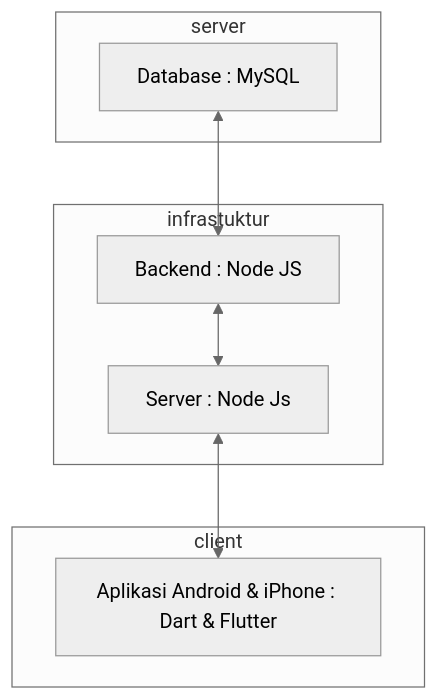
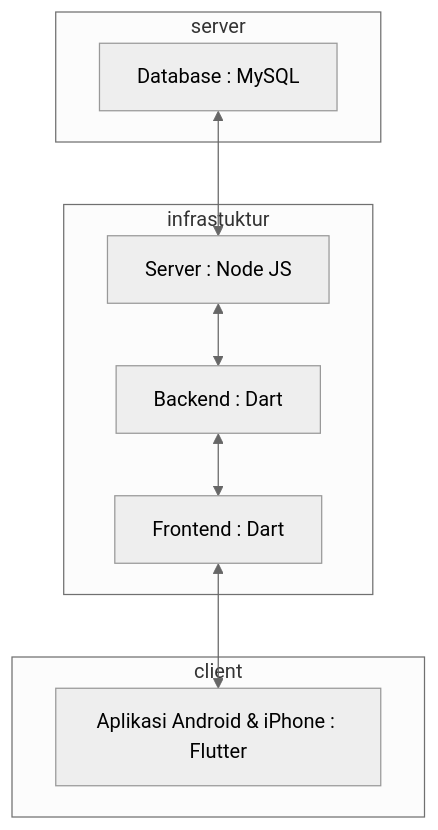
The second of 2 diagrams in AJS.md (joelaey/Design), drawn with Mermaid (neutral theme) before and after one commit.

````diff
--- a/AJS.md
+++ b/AJS.md
@@ -106,17 +106,17 @@
 ```mermaid
 
     flowchart TD
 
      subgraph server
          A[Database : MySQL]
     end
 
     subgraph infrastuktur
-         A <--> B[Backend : Node JS] <--> C[Server : Node Js]
+         A <--> B[Server : Node JS] <--> C[Backend : Dart] <--> D[Frontend : Dart]
     end
 
     subgraph client
-         C <--> D[Aplikasi Android & iPhone : Dart & Flutter]
+         D <--> E[Aplikasi Android & iPhone : Flutter]
     end
 
 ```
````
